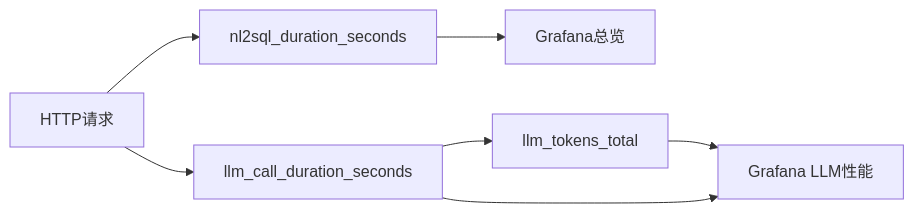
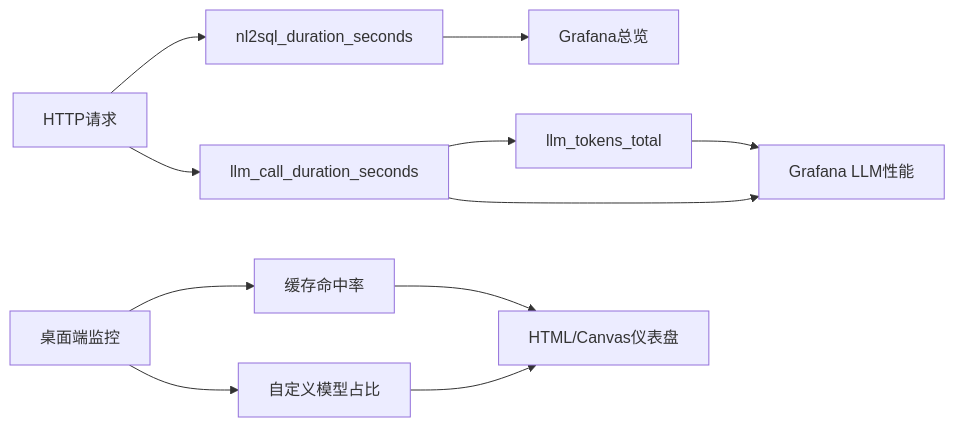
One commit to dgjin/smart-data-analytics changed the fifth of 8 diagrams in .qoder/repowiki/zh/content/AI与LLM集成/性能监控与成本优化.md. Above: the diagram before and after it, drawn with Mermaid. The commit also changed other lines of this file and 146 other files, not shown here.

````diff
--- a/.qoder/repowiki/zh/content/AI与LLM集成/性能监控与成本优化.md
+++ b/.qoder/repowiki/zh/content/AI与LLM集成/性能监控与成本优化.md
@@ -219,9 +272,13 @@
 ```mermaid
 graph LR
 A["HTTP请求"] --> B["nl2sql_duration_seconds"]
 A --> C["llm_call_duration_seconds"]
 C --> D["llm_tokens_total"]
 B --> E["Grafana总览"]
 C --> F["Grafana LLM性能"]
 D --> F
+Desktop["桌面端监控"] --> G["缓存命中率"]
+Desktop --> H["自定义模型占比"]
+G --> I["HTML/Canvas仪表盘"]
+H --> I
 ```
````
